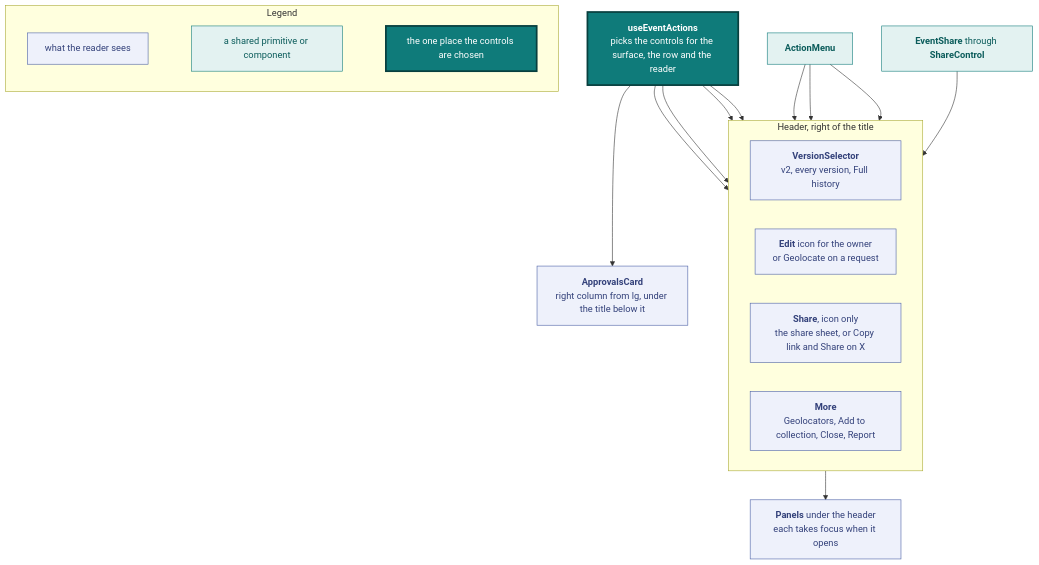
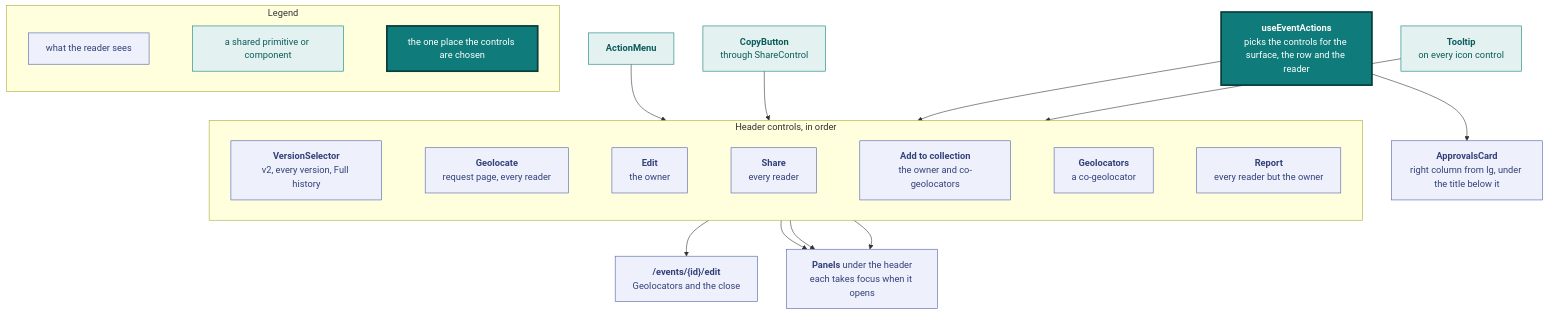
The fourth of 10 diagrams in docs/design.md (vidithq/vidit), drawn with Mermaid before and after one commit. The commit also changed other lines of this file and 27 other files, not shown here.

First line of the commit message:
feat: icon tooltips, one-click share, owner management on the edit page

````diff
--- a/docs/design.md
+++ b/docs/design.md
@@ -452,47 +453,58 @@
 ```mermaid
 flowchart TB
   classDef spec fill:#eef1fb,stroke:#4a5fa5,color:#33417a
   classDef shared fill:#e3f2f1,stroke:#0f7b7a,color:#0b5c5b
   classDef core fill:#0f7b7a,stroke:#083f3e,stroke-width:3px,color:#ffffff
 
   subgraph legend [Legend]
     direction LR
     l1["`what the reader sees`"]:::spec
     l2["`a shared primitive or component`"]:::shared
     l3["`the one place the controls are chosen`"]:::core
     l1 ~~~ l2 ~~~ l3
   end
 
   hook["`**useEventActions**
   picks the controls for the surface, the row and the reader`"]:::core
 
-  subgraph header [Header, right of the title]
+  subgraph header [Header controls, in order]
     direction LR
     versions["`**VersionSelector**
     v2, every version, Full history`"]:::spec
-    primary["`**Edit** icon for the owner
-    or Geolocate on a request`"]:::spec
-    share["`**Share**, icon only
-    the share sheet, or Copy link and Share on X`"]:::spec
-    more["`**More**
-    Geolocators, Add to collection, Close, Report`"]:::spec
+    geolocate["`**Geolocate**
+    request page, every reader`"]:::spec
+    edit["`**Edit**
+    the owner`"]:::spec
+    share["`**Share**
+    every reader`"]:::spec
+    collect["`**Add to collection**
+    the owner and co-geolocators`"]:::spec
+    credit["`**Geolocators**
+    a co-geolocator`"]:::spec
+    report["`**Report**
+    every reader but the owner`"]:::spec
+    versions ~~~ geolocate ~~~ edit ~~~ share ~~~ collect ~~~ credit ~~~ report
   end
 
   menu["`**ActionMenu**`"]:::shared
-  sharectl["`**EventShare** through **ShareControl**`"]:::shared
+  copy["`**CopyButton**
+  through ShareControl`"]:::shared
+  tooltip["`**Tooltip**
+  on every icon control`"]:::shared
+  editpage["`**/events/{id}/edit**
+  Geolocators and the close`"]:::spec
   panels["`**Panels** under the header
   each takes focus when it opens`"]:::spec
   card["`**ApprovalsCard**
   right column from lg, under the title below it`"]:::spec
 
-  hook --> versions
-  hook --> primary
-  hook --> share
-  hook --> more
+  hook --> header
   hook --> card
   menu --> versions
-  menu --> share
-  menu --> more
-  sharectl --> share
-  more --> panels
+  copy --> share
+  tooltip --> header
+  edit --> editpage
+  collect --> panels
+  credit --> panels
+  report --> panels
 ```
````
